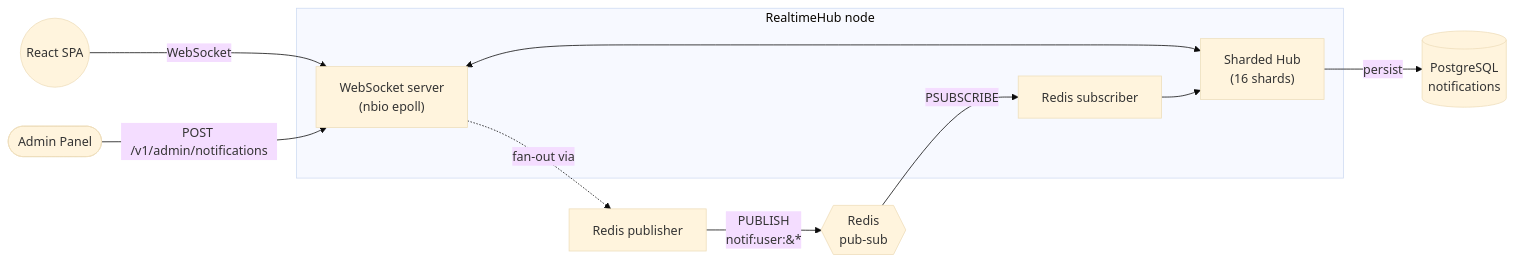
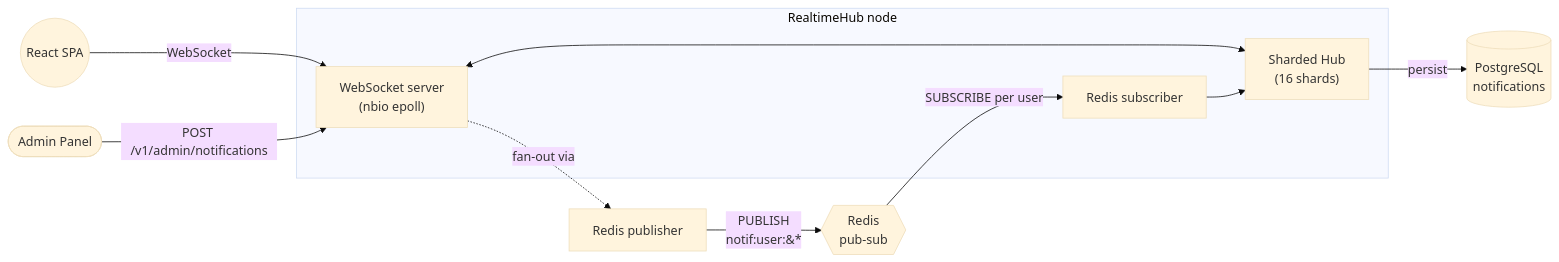
The first of 3 diagrams in README.md (liliksetyawan/realtimehub), drawn with Mermaid (base theme) before and after one commit. The commit also changed other lines of this file and 1 other file, not shown here.

````diff
--- a/README.md
+++ b/README.md
@@ -27,20 +27,20 @@
 ```mermaid
 flowchart LR
     Browser((React SPA)) -->|"WebSocket"| WS
 
     subgraph Node["RealtimeHub node"]
       WS["WebSocket server<br/>(nbio epoll)"]
       Hub["Sharded Hub<br/>(16 shards)"]
       Sub["Redis subscriber"]
       WS <--> Hub
       Sub --> Hub
     end
 
     Admin([Admin Panel]) -->|"POST /v1/admin/notifications"| WS
 
     Hub -->|"persist"| PG[(PostgreSQL<br/>notifications)]
     Pub["Redis publisher"] -->|"PUBLISH<br/>notif:user:&#42;"| Redis{{"Redis<br/>pub-sub"}}
-    Redis -->|"PSUBSCRIBE"| Sub
+    Redis -->|"SUBSCRIBE per user"| Sub
 
     WS -.->|"fan-out via"| Pub
 ```
````
